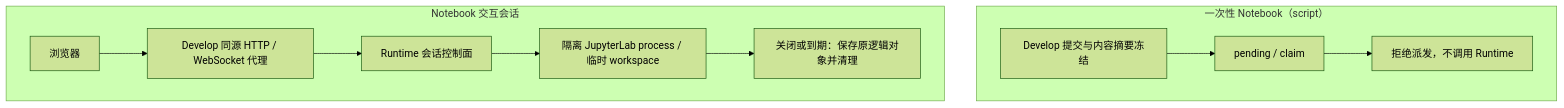
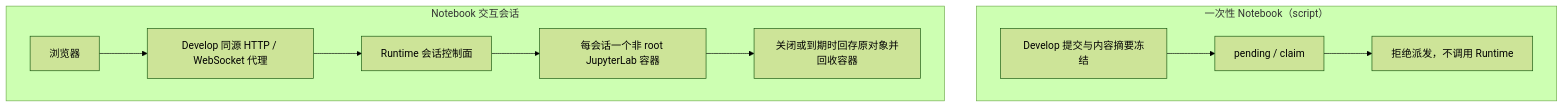
Before and after one commit to pampa0629/addp: the diagram in engines/jupyter/README.md, drawn with Mermaid (forest theme). The commit also changed other lines of this file and 33 other files, not shown here.

````diff
--- a/engines/jupyter/README.md
+++ b/engines/jupyter/README.md
@@ -9,13 +9,13 @@
 ```mermaid
 flowchart TD
     subgraph queued["一次性 Notebook（script）"]
         Submit["Develop 提交与内容摘要冻结"] --> Queue["pending / claim"]
         Queue --> Deny["拒绝派发，不调用 Runtime"]
     end
     subgraph interactive["Notebook 交互会话"]
         Browser["浏览器"] --> Proxy["Develop 同源 HTTP / WebSocket 代理"]
         Proxy --> Control["Runtime 会话控制面"]
-        Control --> Lab["隔离 JupyterLab process / 临时 workspace"]
-        Lab --> Save["关闭或到期：保存原逻辑对象并清理"]
+        Control --> Lab["每会话一个非 root JupyterLab 容器"]
+        Lab --> Save["关闭或到期时回存原对象并回收容器"]
     end
 ```
````
